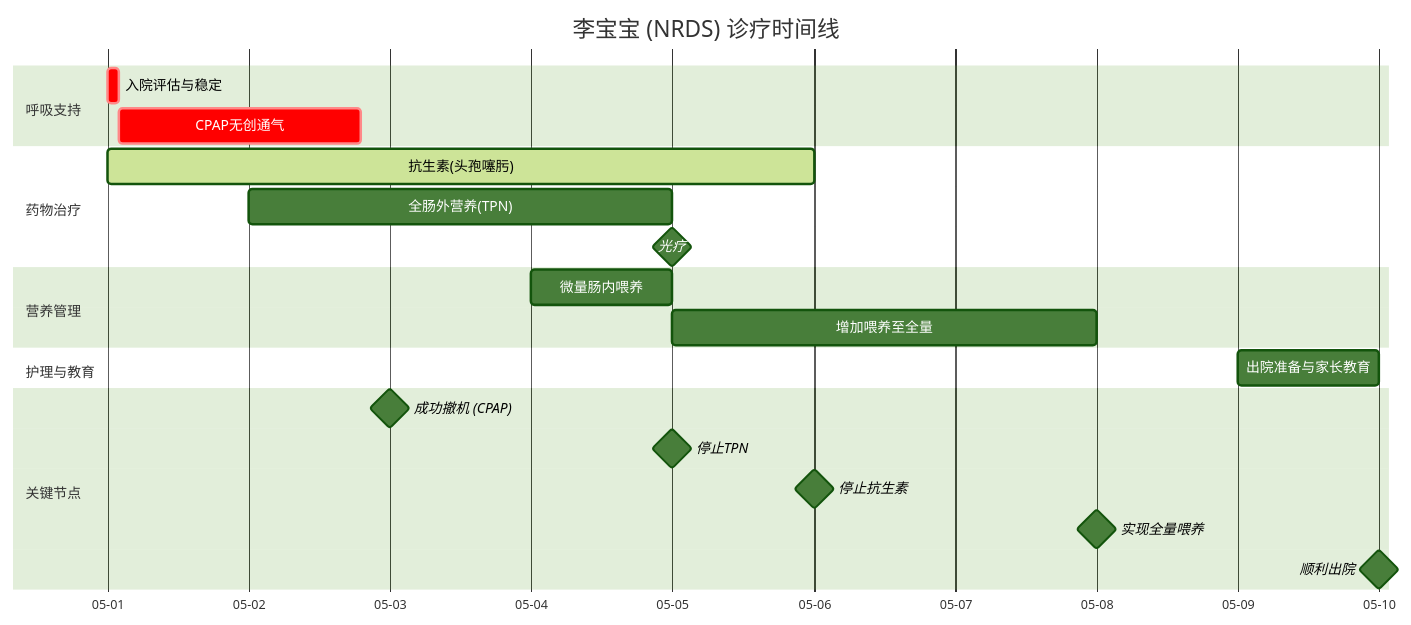
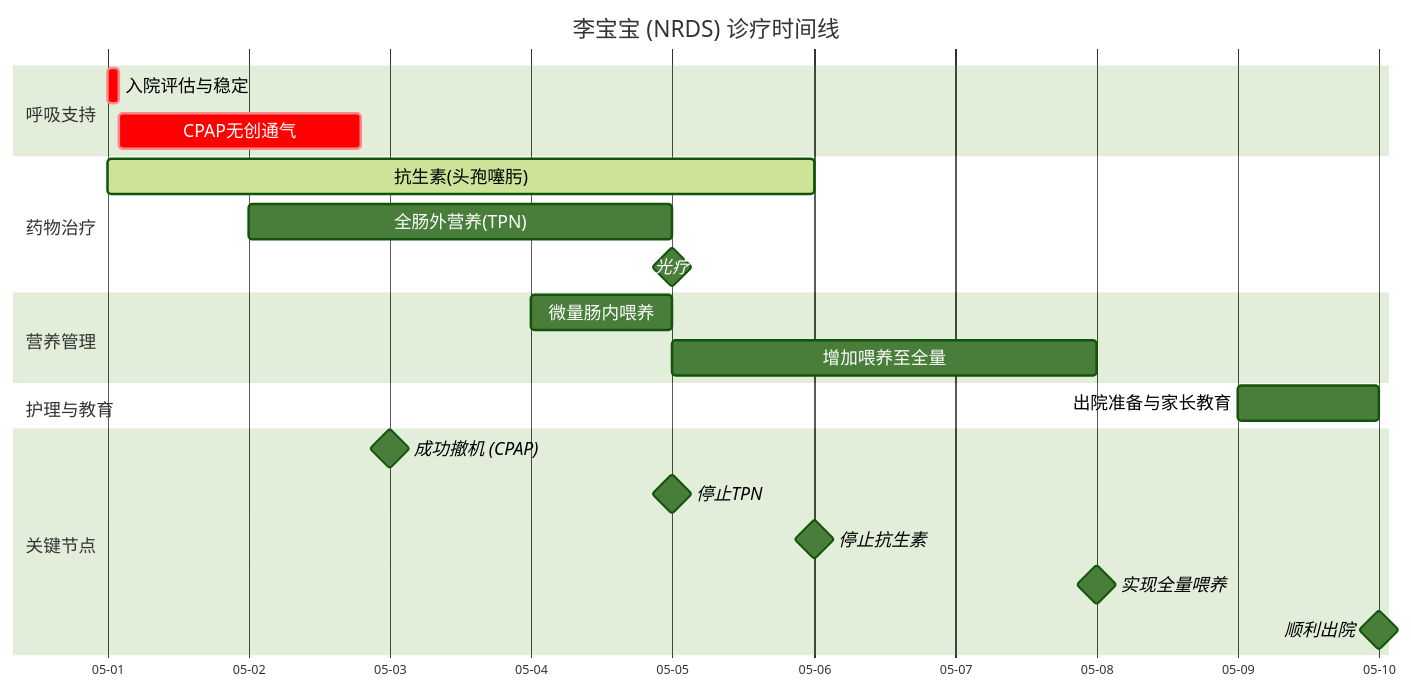
One commit to ZuchaoWang/mermaid-renderer changed the diagram in example.mmd. Above: the diagram before and after it, drawn with Mermaid. The commit also changed 4 other files, not shown here.

```diff
--- a/example.mmd
+++ b/example.mmd
@@ -1,35 +1,37 @@
 ---
 config:
     theme: forest
     gantt:
         barHeight: 28
-        barGap: 4
+        barGap: 8
         rightPadding: 16
+        fontSize: 14
+        sectionFontSize: 14
 ---
 gantt
     title 李宝宝 (NRDS) 诊疗时间线
     dateFormat  YYYY-MM-DD
     axisFormat  %m-%d
     
     section 呼吸支持
     入院评估与稳定     :crit, a1, 2024-05-01, 2h
     CPAP无创通气       :crit, a2, after a1, 41h
     
     section 药物治疗
     抗生素(头孢噻肟)    :active, b1, 2024-05-01, 5d
     全肠外营养(TPN)    :b2, 2024-05-02, 3d
     光疗              :milestone, b3, 2024-05-05, 0h
     
     section 营养管理
     微量肠内喂养       :c1, 2024-05-04, 1d
     增加喂养至全量     :c2, after c1, 3d
     
     section 护理与教育
     出院准备与家长教育 :d1, 2024-05-09, 1d
     
     section 关键节点
     成功撤机 (CPAP)   :milestone, m1, 2024-05-03, 0h
     停止TPN          :milestone, m2, 2024-05-05, 0h
     停止抗生素        :milestone, m3, 2024-05-06, 0h
     实现全量喂养      :milestone, m4, 2024-05-08, 0h
     顺利出院         :milestone, m5, 2024-05-10, 0h
```
